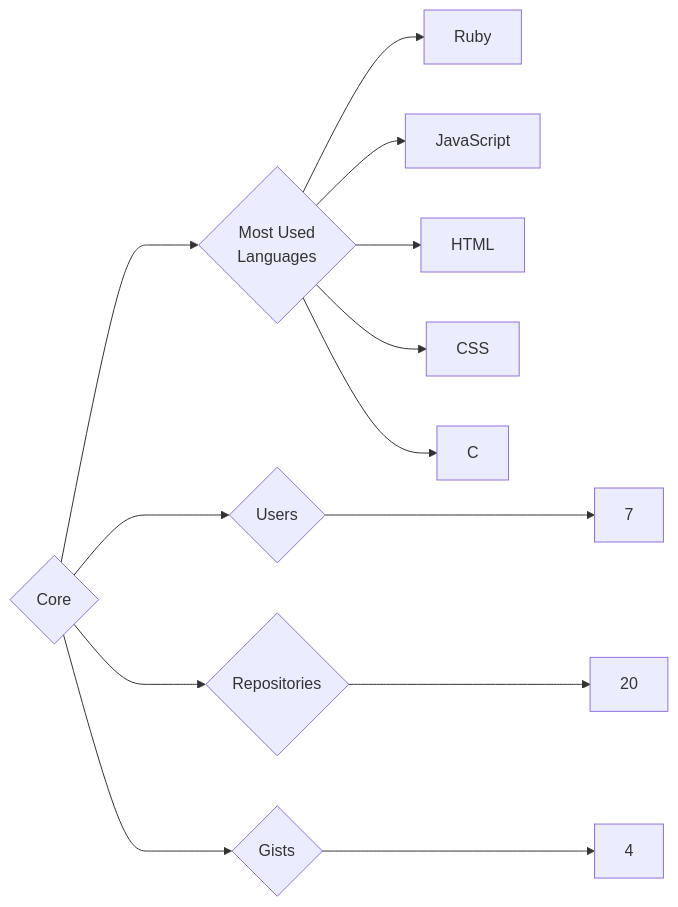
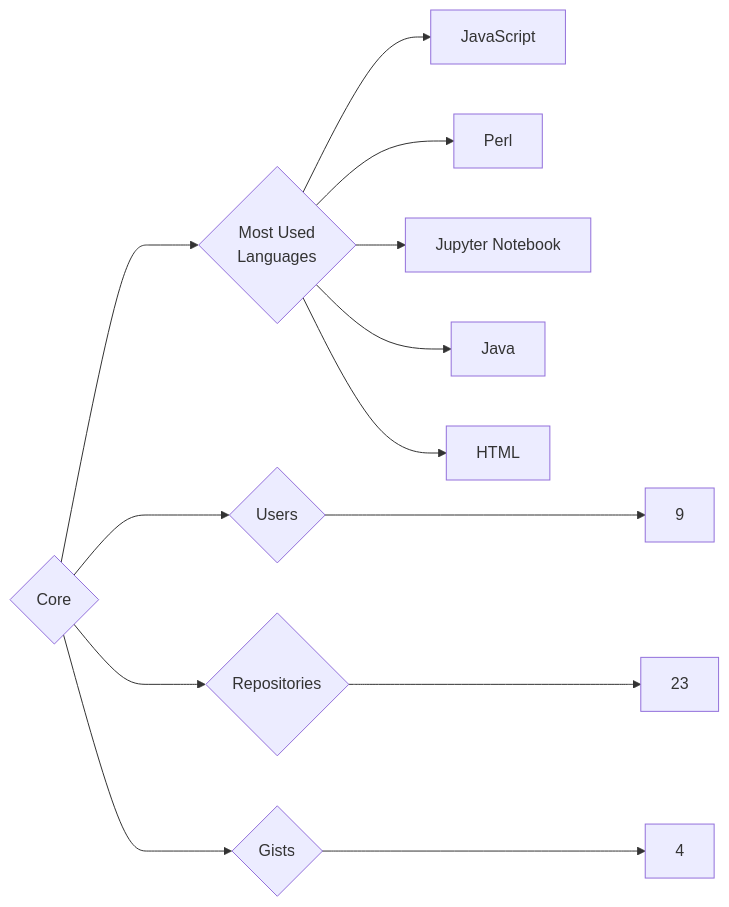
Before and after one commit to trickest/insiders: the diagram in targets/Core/README.md, drawn with Mermaid. The commit also changed 1123 other files, not shown here.

````diff
--- a/targets/Core/README.md
+++ b/targets/Core/README.md
@@ -3,13 +3,13 @@
 ```mermaid
 graph LR
 COMPANY_NAME{Core}
-COMPANY_NAME ---> U{Users} ---> UN[7]
-COMPANY_NAME ---> R{Repositories} ---> RN[20]
+COMPANY_NAME ---> U{Users} ---> UN[9]
+COMPANY_NAME ---> R{Repositories} ---> RN[23]
 COMPANY_NAME ---> G{Gists} ---> GN[4]
 COMPANY_NAME ---> ML{Most Used<br>Languages}
-ML --> Ruby[Ruby]
 ML --> JavaScript[JavaScript]
+ML --> Perl[Perl]
+ML --> Jupyter_Notebook[Jupyter Notebook]
+ML --> Java[Java]
 ML --> HTML[HTML]
-ML --> CSS[CSS]
-ML --> C[C]
 ```
````
